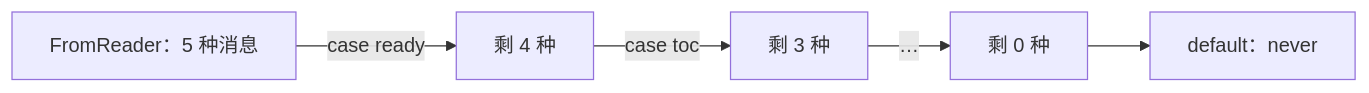
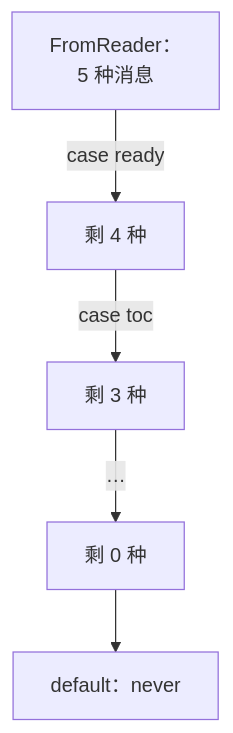
Before and after one commit to jarvis-pro/hatch-shelf: the diagram in books/ts-node-advanced/01-types-as-sets.md, drawn with Mermaid. The commit also changed 432 other files, not shown here.

````diff
--- a/books/ts-node-advanced/01-types-as-sets.md
+++ b/books/ts-node-advanced/01-types-as-sets.md
@@ -154,7 +154,7 @@
 ```mermaid
-flowchart LR
-  A["FromReader：5 种消息"] -->|"case ready"| B["剩 4 种"]
+flowchart TD
+  A["FromReader：<br/>5 种消息"] -->|"case ready"| B["剩 4 种"]
   B -->|"case toc"| C["剩 3 种"]
   C -->|"…"| D["剩 0 种"]
   D --> E["default：never"]
 ```
````
